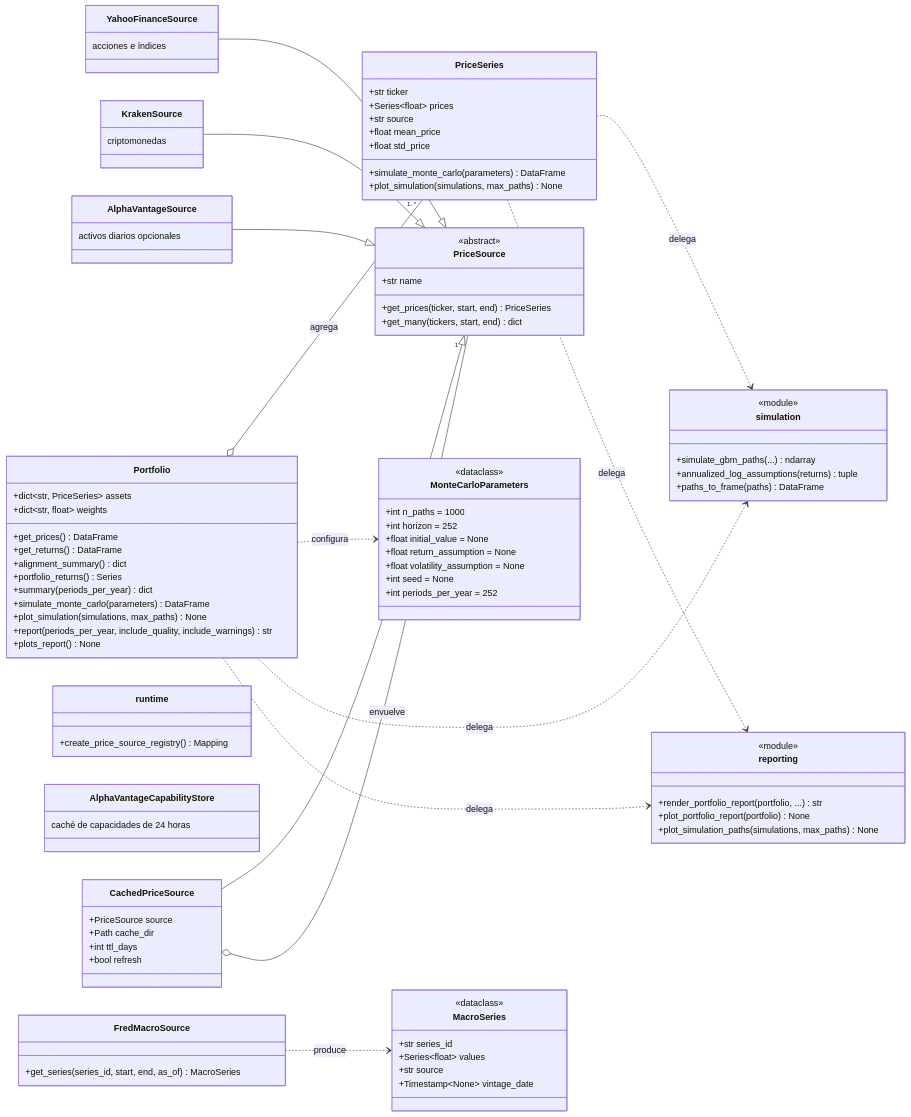
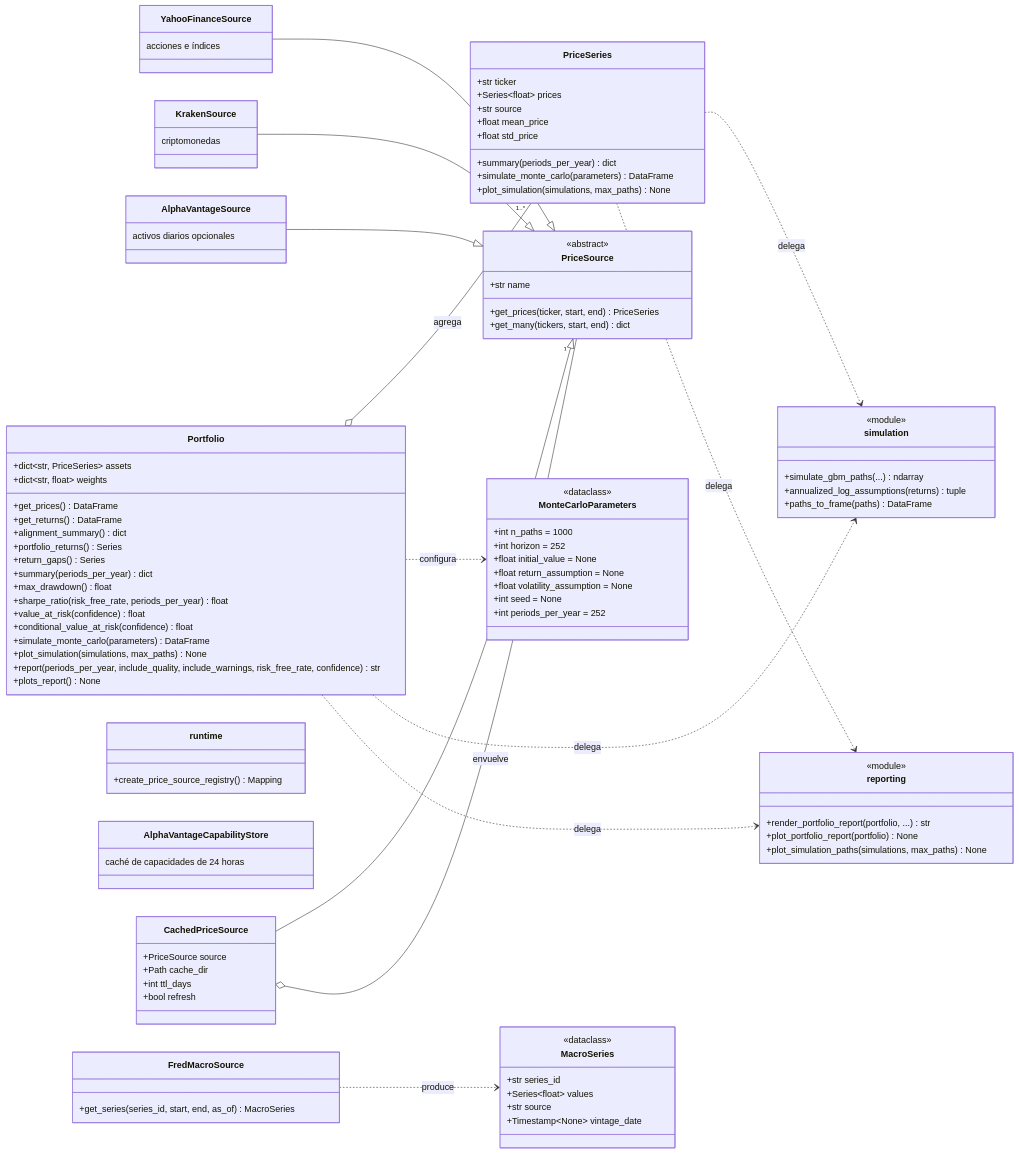
Before and after one commit to alejandroperezpujante/quantfolio: the first of 2 diagrams in docs/architecture.md, drawn with Mermaid. The commit also changed other lines of this file and 11 other files, not shown here.

```diff
--- a/docs/architecture.md
+++ b/docs/architecture.md
@@ -17,6 +17,7 @@
         +str source
         +float mean_price
         +float std_price
+        +summary(periods_per_year) dict
         +simulate_monte_carlo(parameters) DataFrame
         +plot_simulation(simulations, max_paths) None
     }
@@ -28,10 +29,15 @@
         +get_returns() DataFrame
         +alignment_summary() dict
         +portfolio_returns() Series
+        +return_gaps() Series
         +summary(periods_per_year) dict
+        +max_drawdown() float
+        +sharpe_ratio(risk_free_rate, periods_per_year) float
+        +value_at_risk(confidence) float
+        +conditional_value_at_risk(confidence) float
         +simulate_monte_carlo(parameters) DataFrame
         +plot_simulation(simulations, max_paths) None
-        +report(periods_per_year, include_quality, include_warnings) str
+        +report(periods_per_year, include_quality, include_warnings, risk_free_rate, confidence) str
         +plots_report() None
     }
 
```
